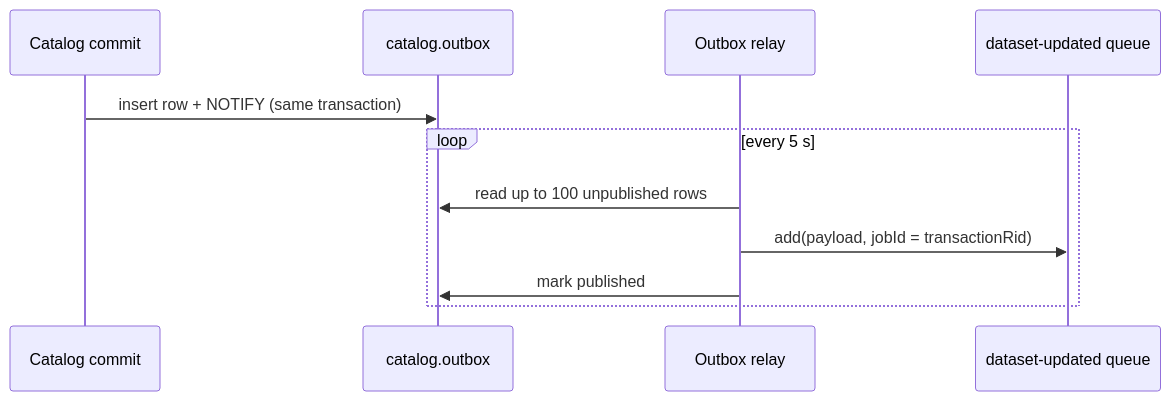
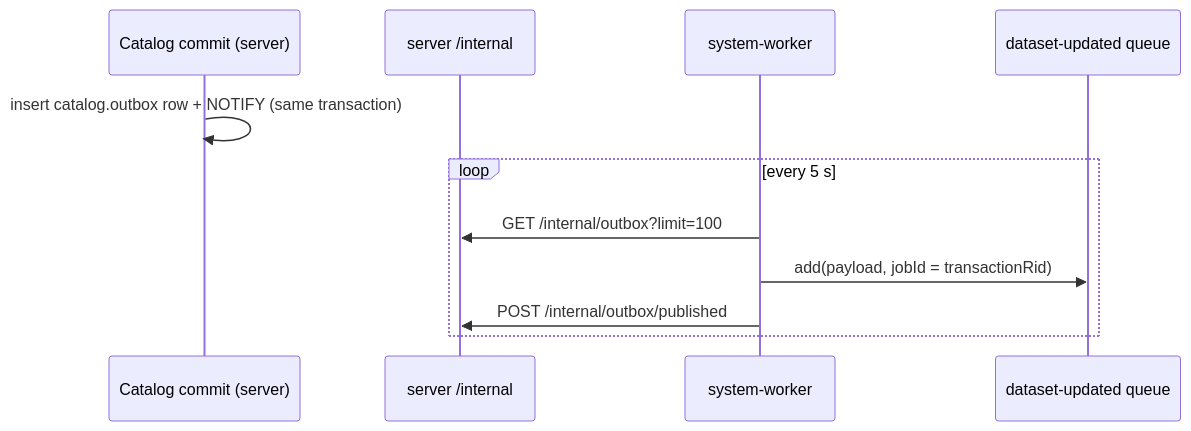
The second of 2 diagrams in docs/design/jobs.md (RolandTeslaru/Quarry), drawn with Mermaid before and after one commit. The commit also changed other lines of this file and 119 other files, not shown here.

````diff
--- a/docs/design/jobs.md
+++ b/docs/design/jobs.md
@@ -173,14 +172,14 @@
 ```mermaid
 sequenceDiagram
-    participant C as Catalog commit
-    participant PG as catalog.outbox
-    participant R as Outbox relay
+    participant C as Catalog commit (server)
+    participant S as server /internal
+    participant R as system-worker
     participant Q as dataset-updated queue
 
-    C->>PG: insert row + NOTIFY (same transaction)
+    C->>C: insert catalog.outbox row + NOTIFY (same transaction)
     loop every 5 s
-        R->>PG: read up to 100 unpublished rows
+        R->>S: GET /internal/outbox?limit=100
         R->>Q: add(payload, jobId = transactionRid)
-        R->>PG: mark published
+        R->>S: POST /internal/outbox/published
     end
 ```
````
